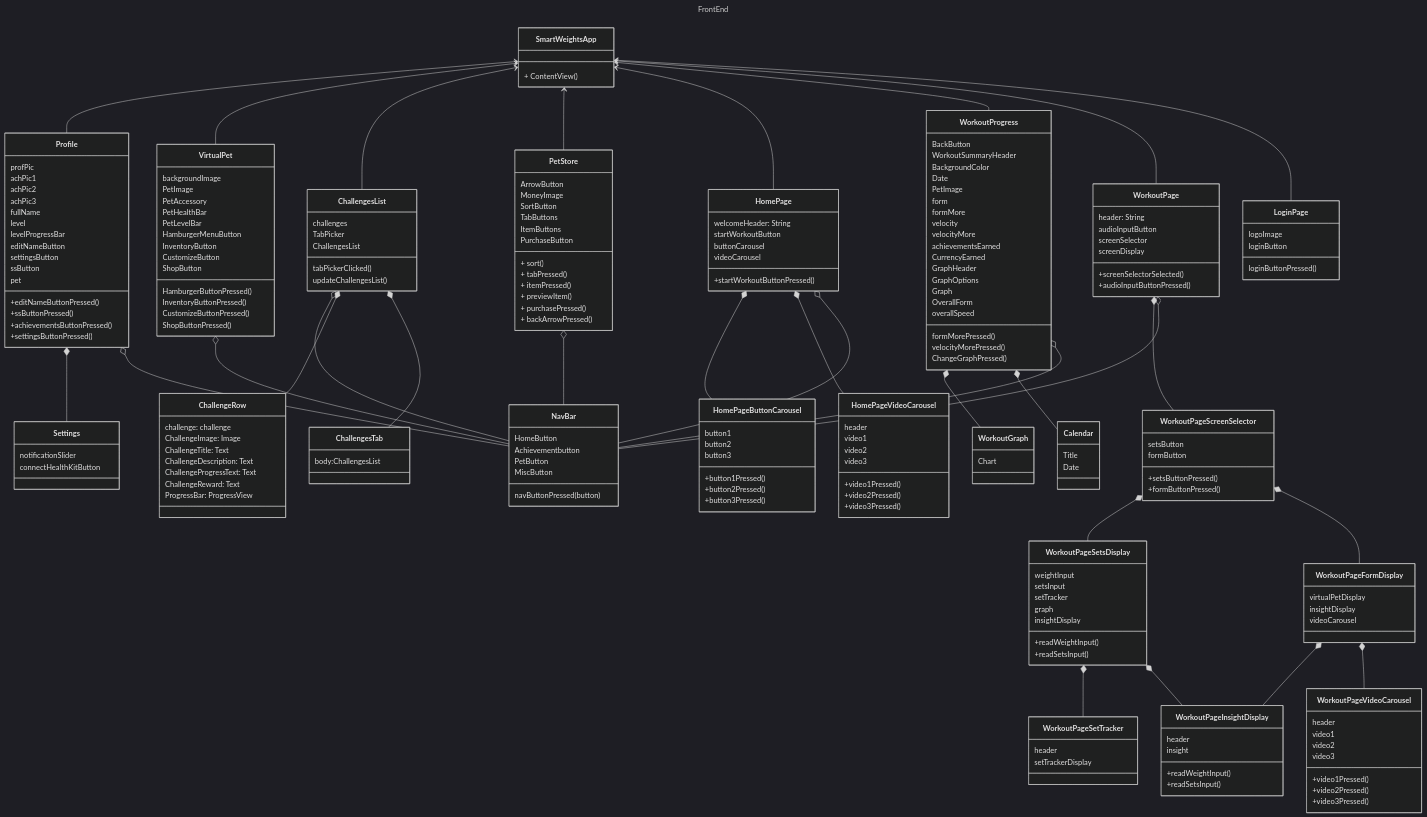
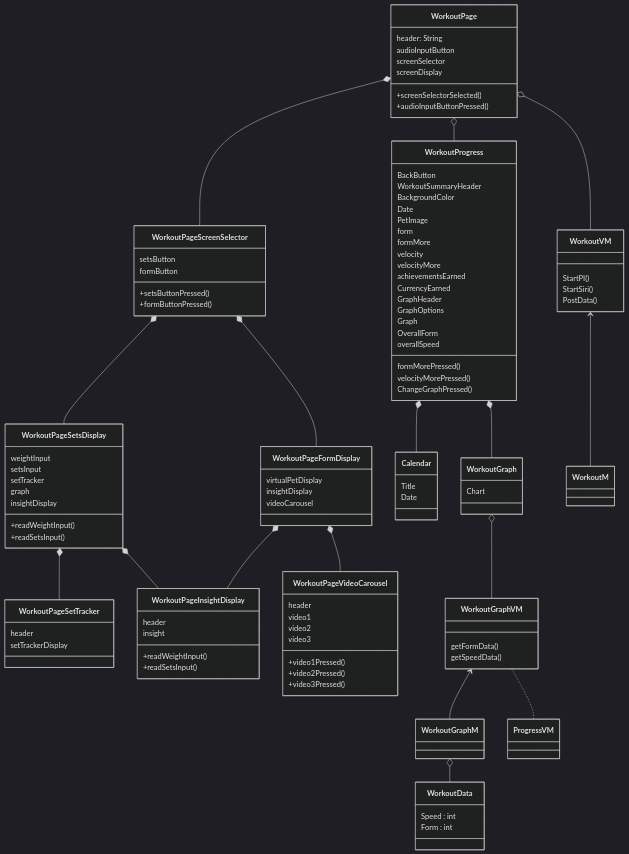
One commit to Capstone-Projects-2024-Spring/project-smartweights changed the ninth of 14 diagrams in documentation/docs/system-architecture/class-diagram.md. Above: the diagram before and after it, drawn with Mermaid (dark theme). The commit also changed other lines of this file, not shown here.

Commit message:
moving the diagrams around and separating

````diff
--- a/documentation/docs/system-architecture/class-diagram.md
+++ b/documentation/docs/system-architecture/class-diagram.md
@@ -13,125 +326,8 @@
-```mermaid
----
-title: FrontEnd
----
+``` mermaid 
 
+classDiagram
 
-classDiagram 
-   class SmartWeightsApp{
-    + ContentView()
-   }
-   class NavBar{
-        HomeButton
-        Achievementbutton
-        PetButton
-        MiscButton
-        navButtonPressed(button)
-   
-   }
-   class LoginPage{
-    logoImage
-    loginButton
-    loginButtonPressed()
-   }
-   
-   class VirtualPet{
-    backgroundImage
-    PetImage
-    PetAccessory
-    PetHealthBar
-    PetLevelBar
-    HamburgerMenuButton
-    InventoryButton
-    CustomizeButton
-    ShopButton
-
-    HamburgerButtonPressed()
-    InventoryButtonPressed()
-    CustomizeButtonPressed()
-    ShopButtonPressed()
-   }
-   class ChallengesList{
-    challenges
-    TabPicker
-    ChallengesList
-    tabPickerClicked()
-    updateChallengesList()
-   }
-   class ChallengesTab{
-    body:ChallengesList
-   }
-   class ChallengeRow{
-    challenge: challenge
-    ChallengeImage: Image
-    ChallengeTitle: Text
-    ChallengeDescription: Text
-    ChallengeProgressText: Text
-    ChallengeReward: Text
-    ProgressBar: ProgressView
-   }
-   class PetStore{
-    ArrowButton
-    MoneyImage
-    SortButton
-    TabButtons
-    ItemButtons
-    PurchaseButton
-    %% CancelButton
-    + sort()
-    + tabPressed()
-    + itemPressed()
-    + previewItem()
-    + purchasePressed()
-    + backArrowPressed()
-   }
-   class Profile {
-    profPic
-    achPic1
-    achPic2
-    achPic3
-    fullName
-    level
-    levelProgressBar
-    editNameButton
-    settingsButton
-    ssButton
-    pet
-    +editNameButtonPressed()
-    +ssButtonPressed()
-    +achievementsButtonPressed()
-    +settingsButtonPressed()
-   }
-   class Settings{
-    notificationSlider
-    connectHealthKitButton
-   }
-   class HomePage{
-    welcomeHeader: String
-    startWorkoutButton
-    buttonCarousel
-    videoCarousel
-    +startWorkoutButtonPressed()
-   }
-   class HomePageButtonCarousel{
-    button1
-    button2
-    button3
-
-    +button1Pressed()
-    +button2Pressed()
-    +button3Pressed()
-   }
-    class HomePageVideoCarousel{
-        header
-        video1
-        video2
-        video3
-        +video1Pressed()
-        +video2Pressed()
-        +video3Pressed()
-
-   }
-    class WorkoutPage{
+  class WorkoutPage{
         header: String
         audioInputButton
         screenSelector
@@ -213,21 +409,32 @@
     class WorkoutGraph{
         Chart
     }
-  
+   class WorkoutVM{
+        StartPI()
+        StartSiri()
+        PostData()
+    }
+    class WorkoutM{
 
-    SmartWeightsApp <-- Profile
-    SmartWeightsApp <-- VirtualPet
-    SmartWeightsApp <-- ChallengesList
-    SmartWeightsApp <-- PetStore
-    SmartWeightsApp <-- HomePage
-    SmartWeightsApp <-- WorkoutProgress
-    SmartWeightsApp <-- WorkoutPage
-    SmartWeightsApp <-- LoginPage
-   
+    }
+      class WorkoutGraphVM{
+        getFormData()
+        getSpeedData()
+    }
+    class WorkoutGraphM{
+        
+    }
+    class WorkoutData{
+        Speed : int
+        Form : int
+    }
 
-    HomePage *-- HomePageButtonCarousel
-    HomePage *-- HomePageVideoCarousel
-
+    WorkoutPage o--WorkoutVM
+    WorkoutVM <-- WorkoutM
+    WorkoutGraph o-- WorkoutGraphVM
+    WorkoutGraphVM <-- WorkoutGraphM
+    WorkoutGraphM o-- WorkoutData
+    WorkoutGraphVM .. ProgressVM
     WorkoutPage *-- WorkoutPageScreenSelector
     WorkoutPageScreenSelector *-- WorkoutPageSetsDisplay
     WorkoutPageScreenSelector *-- WorkoutPageFormDisplay
@@ -237,20 +444,6 @@
     WorkoutPageFormDisplay *-- WorkoutPageVideoCarousel
     WorkoutProgress *-- WorkoutGraph
     WorkoutProgress *-- Calendar
+    WorkoutPage o-- WorkoutProgress
 
-    Profile *-- Settings
-
-    Profile o-- NavBar
-    VirtualPet o-- NavBar
-    ChallengesList o-- NavBar
-    PetStore o-- NavBar
-    HomePage o-- NavBar
-    WorkoutPage o-- NavBar
-    WorkoutProgress o-- NavBar
-    
-   
-    ChallengesList *-- ChallengeRow
-    ChallengesList *-- ChallengesTab
-
-    
 ```
````
